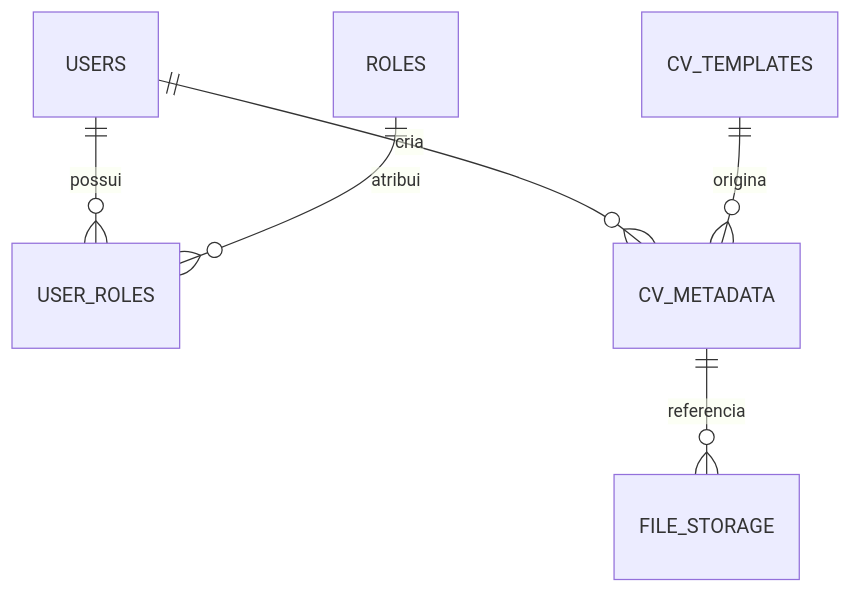
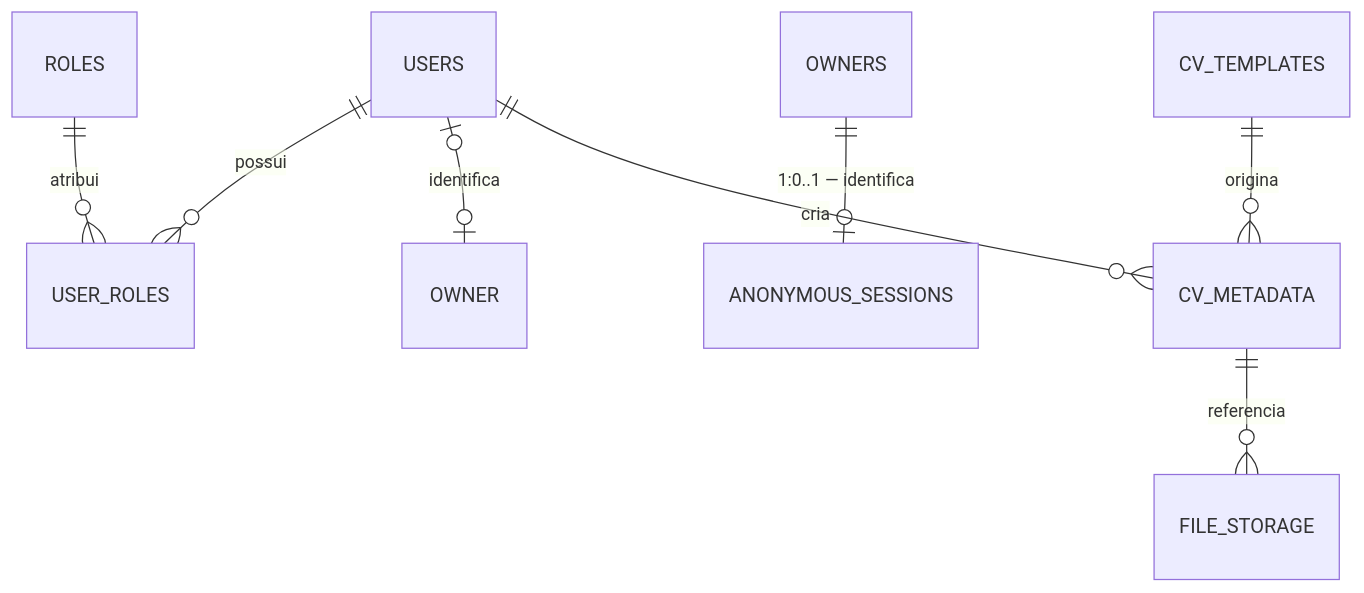
Before and after one commit to EriikGabriel/tailorly: the second of 2 diagrams in README.md, drawn with Mermaid. The commit also changed other lines of this file and 25 other files, not shown here.

````diff
--- a/README.md
+++ b/README.md
@@ -111,8 +153,10 @@
 ```mermaid
 erDiagram
     USERS ||--o{ USER_ROLES : possui
+    USERS o|--o| OWNER : identifica
+    OWNERS ||--o| ANONYMOUS_SESSIONS : "1:0..1 — identifica"
     ROLES ||--o{ USER_ROLES : atribui
     USERS ||--o{ CV_METADATA : cria
     CV_TEMPLATES ||--o{ CV_METADATA : origina
     CV_METADATA ||--o{ FILE_STORAGE : referencia
 ```
````
